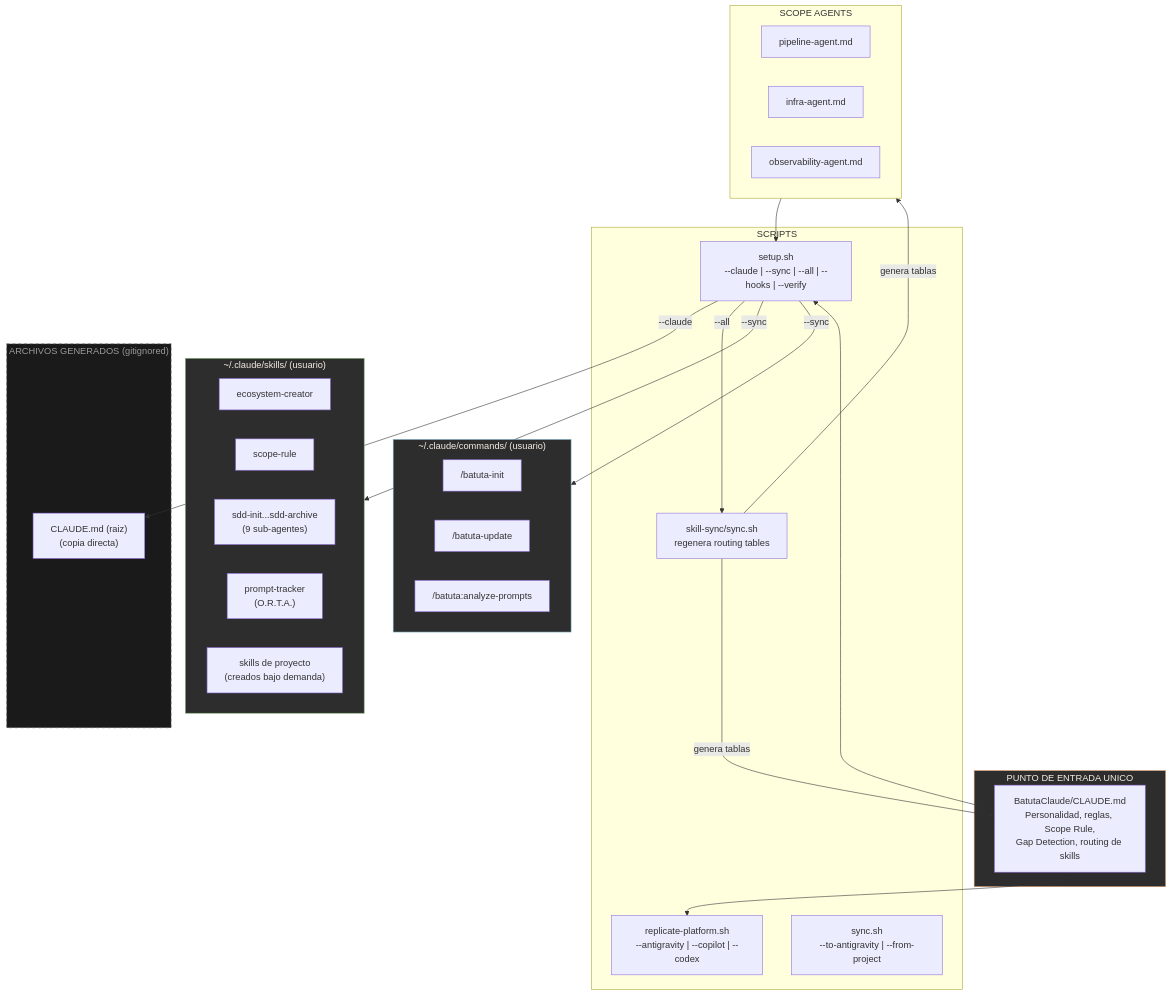
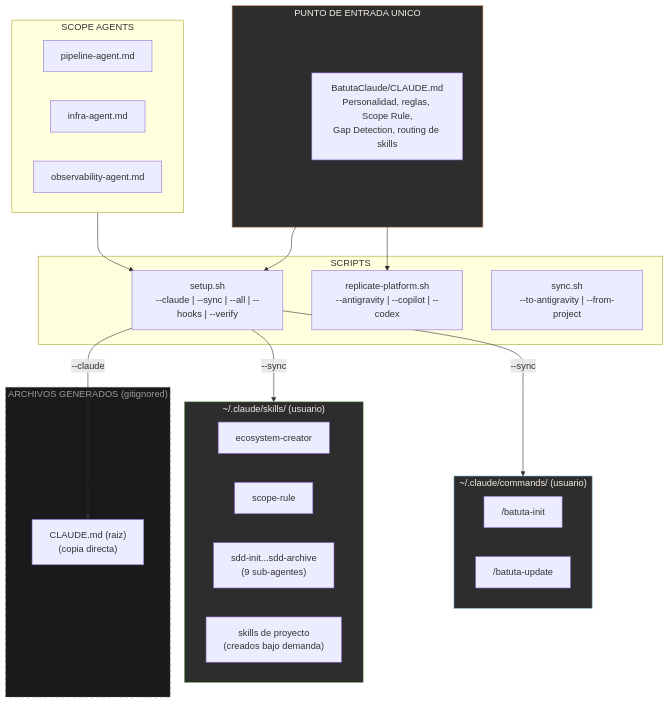
One commit to jota-batuta/batuta-dots changed the first of 23 diagrams in docs/architecture/arquitectura-diagrama.md. Above: the diagram before and after it, drawn with Mermaid. The commit also changed other lines of this file and 69 other files, not shown here.

First line of the commit message:
refactor: eliminate ecosystem overhead — prompt-tracker, skill-sync, dead hooks (v11.1)

````diff
--- a/docs/architecture/arquitectura-diagrama.md
+++ b/docs/architecture/arquitectura-diagrama.md
@@ -5,52 +5,46 @@
 ```mermaid
 flowchart TB
     subgraph FUENTE["PUNTO DE ENTRADA UNICO"]
         CLAUDE_SRC["BatutaClaude/CLAUDE.md<br/>Personalidad, reglas, Scope Rule,<br/>Gap Detection, routing de skills"]
     end
 
     subgraph AGENTS_SRC["SCOPE AGENTS"]
         AG_PIPELINE["pipeline-agent.md"]
         AG_INFRA["infra-agent.md"]
         AG_OBS["observability-agent.md"]
     end
 
     subgraph SETUP["SCRIPTS"]
         SETUP_SH["setup.sh<br/>--claude | --sync | --all | --hooks | --verify"]
-        SYNC_SH["skill-sync/sync.sh<br/>regenera routing tables"]
         REPLICATE["replicate-platform.sh<br/>--antigravity | --copilot | --codex"]
         SYNC_BI["sync.sh<br/>--to-antigravity | --from-project"]
     end
 
     subgraph GENERADO["ARCHIVOS GENERADOS (gitignored)"]
         CLAUDE_GEN["CLAUDE.md (raiz)<br/>(copia directa)"]
     end
 
     subgraph SKILLS_LOCAL["~/.claude/skills/ (usuario)"]
         SK_ECO["ecosystem-creator"]
         SK_SCOPE["scope-rule"]
         SK_SDD["sdd-init...sdd-archive<br/>(9 sub-agentes)"]
-        SK_PROMPT["prompt-tracker<br/>(O.R.T.A.)"]
         SK_PROJECT["skills de proyecto<br/>(creados bajo demanda)"]
     end
 
     subgraph COMMANDS_LOCAL["~/.claude/commands/ (usuario)"]
         CMD_INIT["/batuta-init"]
         CMD_UPDATE["/batuta-update"]
-        CMD_ANALYZE["/batuta:analyze-prompts"]
     end
 
     CLAUDE_SRC --> SETUP_SH
     AGENTS_SRC --> SETUP_SH
     SETUP_SH -->|"--claude"| CLAUDE_GEN
     SETUP_SH -->|"--sync"| SKILLS_LOCAL
     SETUP_SH -->|"--sync"| COMMANDS_LOCAL
-    SETUP_SH -->|"--all"| SYNC_SH
-    SYNC_SH -->|"genera tablas"| CLAUDE_SRC
-    SYNC_SH -->|"genera tablas"| AGENTS_SRC
     CLAUDE_SRC --> REPLICATE
 
     style FUENTE fill:#2d2d2d,stroke:#D4956A,color:#F5EDE4
     style GENERADO fill:#1a1a1a,stroke:#666,color:#999,stroke-dasharray: 5 5
     style SKILLS_LOCAL fill:#2d2d2d,stroke:#8BB87A,color:#F5EDE4
     style COMMANDS_LOCAL fill:#2d2d2d,stroke:#7AAFC4,color:#F5EDE4
 ```
````
